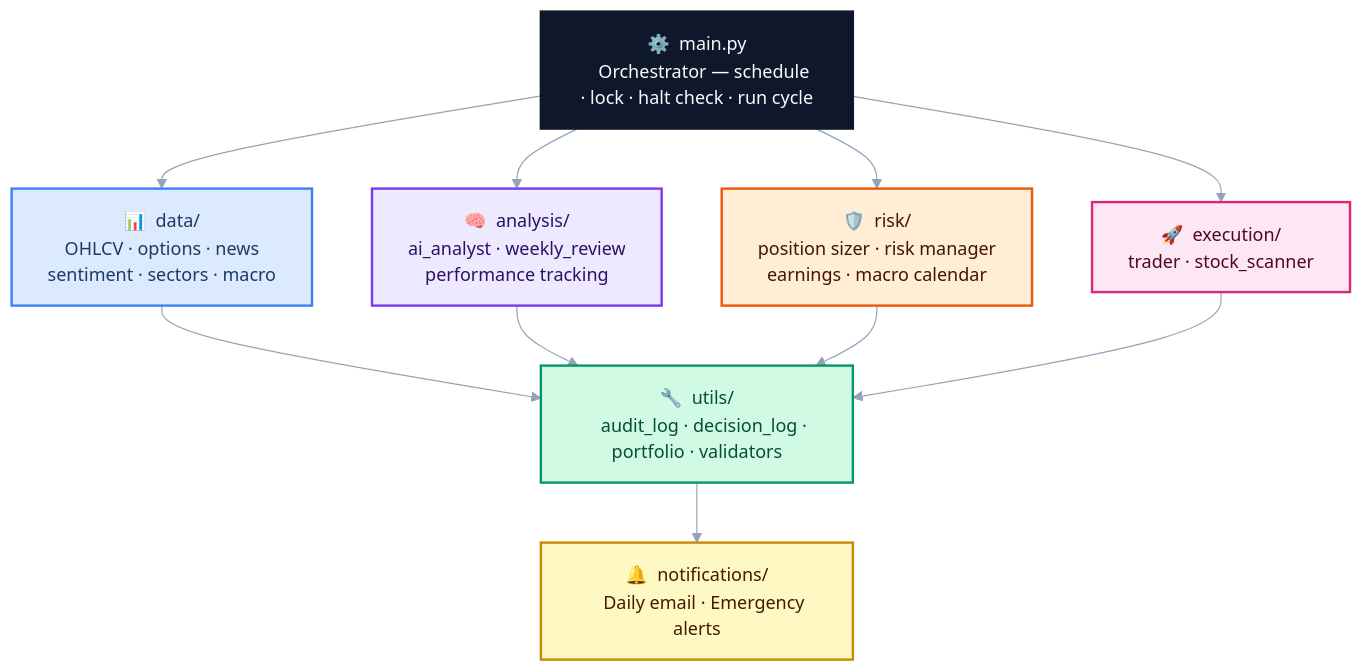
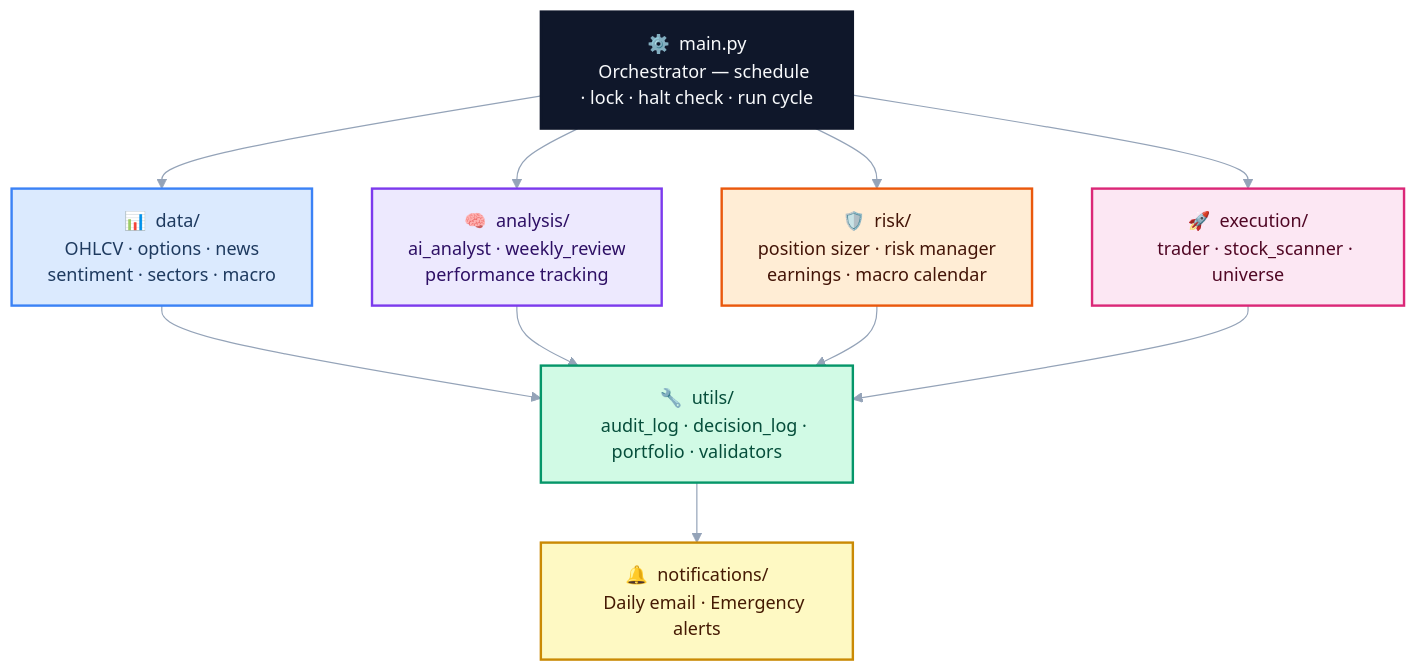
One commit to samchatterley/investor-bot changed the second of 2 diagrams in README.md. Above: the diagram before and after it, drawn with Mermaid. The commit also changed other lines of this file, not shown here.

First line of the commit message:
Update README for dynamic universe and 5 new strategy signals

````diff
--- a/README.md
+++ b/README.md
@@ -107,39 +132,39 @@
 ```mermaid
 %%{init: {'theme': 'base', 'themeVariables': {'fontSize': '15px', 'lineColor': '#94a3b8'}}}%%
 flowchart TB
     classDef main     fill:#0f172a,stroke:#0f172a,color:#f8fafc,stroke-width:2px
     classDef data     fill:#dbeafe,stroke:#3b82f6,stroke-width:2px,color:#1e3a5f
     classDef analysis fill:#ede9fe,stroke:#7c3aed,stroke-width:2px,color:#2e1065
     classDef risk     fill:#ffedd5,stroke:#ea580c,stroke-width:2px,color:#431407
     classDef exec     fill:#fce7f3,stroke:#db2777,stroke-width:2px,color:#500724
     classDef utils    fill:#d1fae5,stroke:#059669,stroke-width:2px,color:#064e3b
     classDef notif    fill:#fef9c3,stroke:#ca8a04,stroke-width:2px,color:#451a03
 
     MAIN["⚙️ &nbsp;main.py
     Orchestrator — schedule · lock · halt check · run cycle"]:::main
 
     DATA["📊 &nbsp;data/
     OHLCV · options · news
     sentiment · sectors · macro"]:::data
 
     ANALYSIS["🧠 &nbsp;analysis/
     ai_analyst · weekly_review
     performance tracking"]:::analysis
 
     RISK["🛡️ &nbsp;risk/
     position sizer · risk manager
     earnings · macro calendar"]:::risk
 
     EXEC["🚀 &nbsp;execution/
-    trader · stock_scanner"]:::exec
+    trader · stock_scanner · universe"]:::exec
 
     UTILS["🔧 &nbsp;utils/
     audit_log · decision_log · portfolio · validators"]:::utils
 
     NOTIF["🔔 &nbsp;notifications/
     Daily email · Emergency alerts"]:::notif
 
     MAIN --> DATA & ANALYSIS & RISK & EXEC
     DATA & ANALYSIS & RISK & EXEC --> UTILS
     UTILS --> NOTIF
 ```
````
